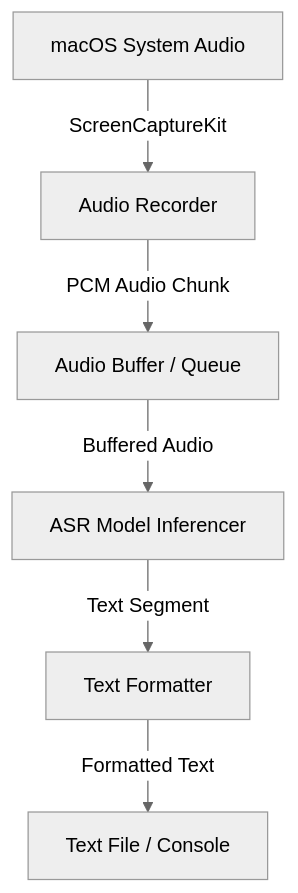
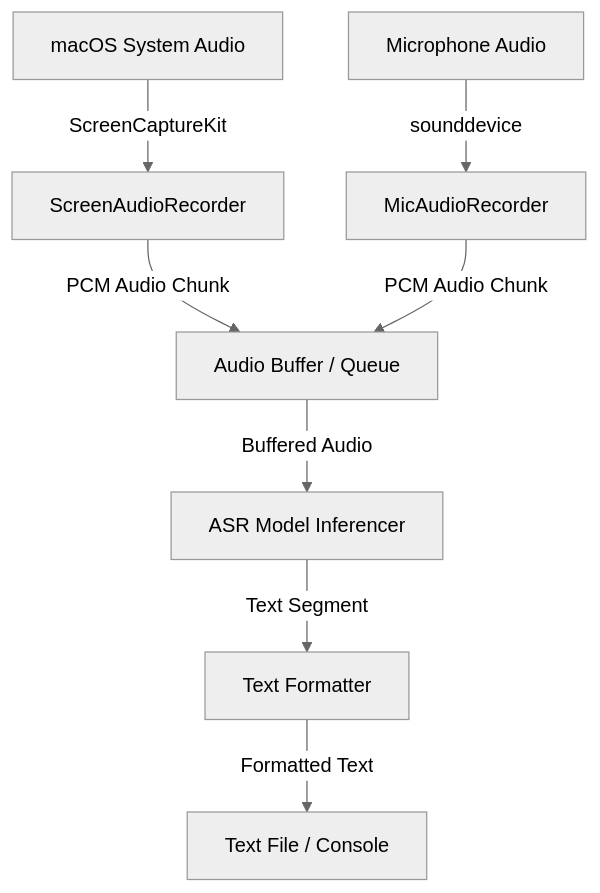
The diagram in DESIGN.md (codescv/Transcribe), drawn with Mermaid (neutral theme) before and after one commit. The commit also changed other lines of this file and 3 other files, not shown here.

````diff
--- a/DESIGN.md
+++ b/DESIGN.md
@@ -8,8 +8,10 @@
 ```mermaid
 graph TD
-    SystemAudio[macOS System Audio] -->|ScreenCaptureKit| Recorder[Audio Recorder]
-    Recorder -->|PCM Audio Chunk| Buffer[Audio Buffer / Queue]
+    SystemAudio[macOS System Audio] -->|ScreenCaptureKit| ScreenRecorder[ScreenAudioRecorder]
+    MicAudio[Microphone Audio] -->|sounddevice| MicRecorder[MicAudioRecorder]
+    ScreenRecorder -->|PCM Audio Chunk| Buffer[Audio Buffer / Queue]
+    MicRecorder -->|PCM Audio Chunk| Buffer[Audio Buffer / Queue]
     Buffer -->|Buffered Audio| ASR[ASR Model Inferencer]
     ASR -->|Text Segment| Formatter[Text Formatter]
     Formatter -->|Formatted Text| Output[Text File / Console]
 ```
````
